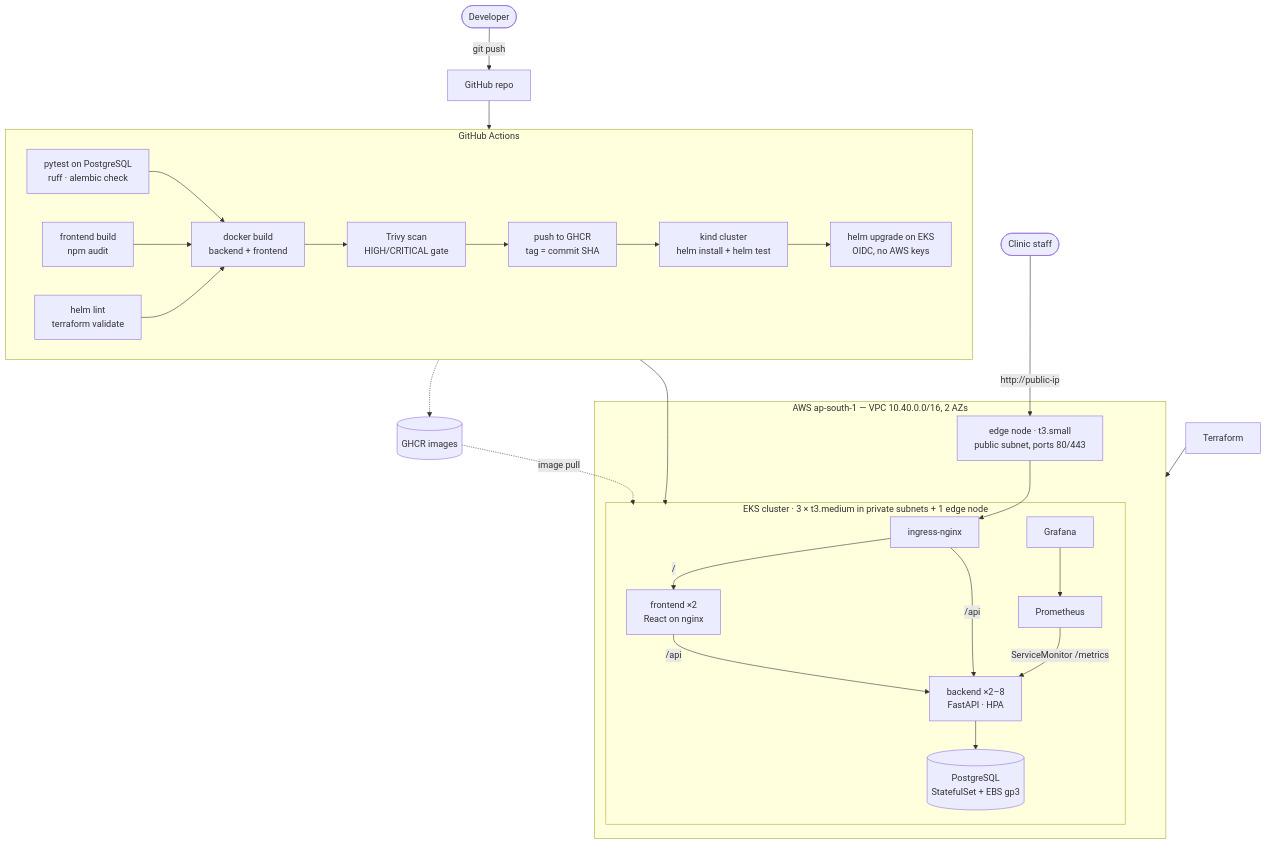
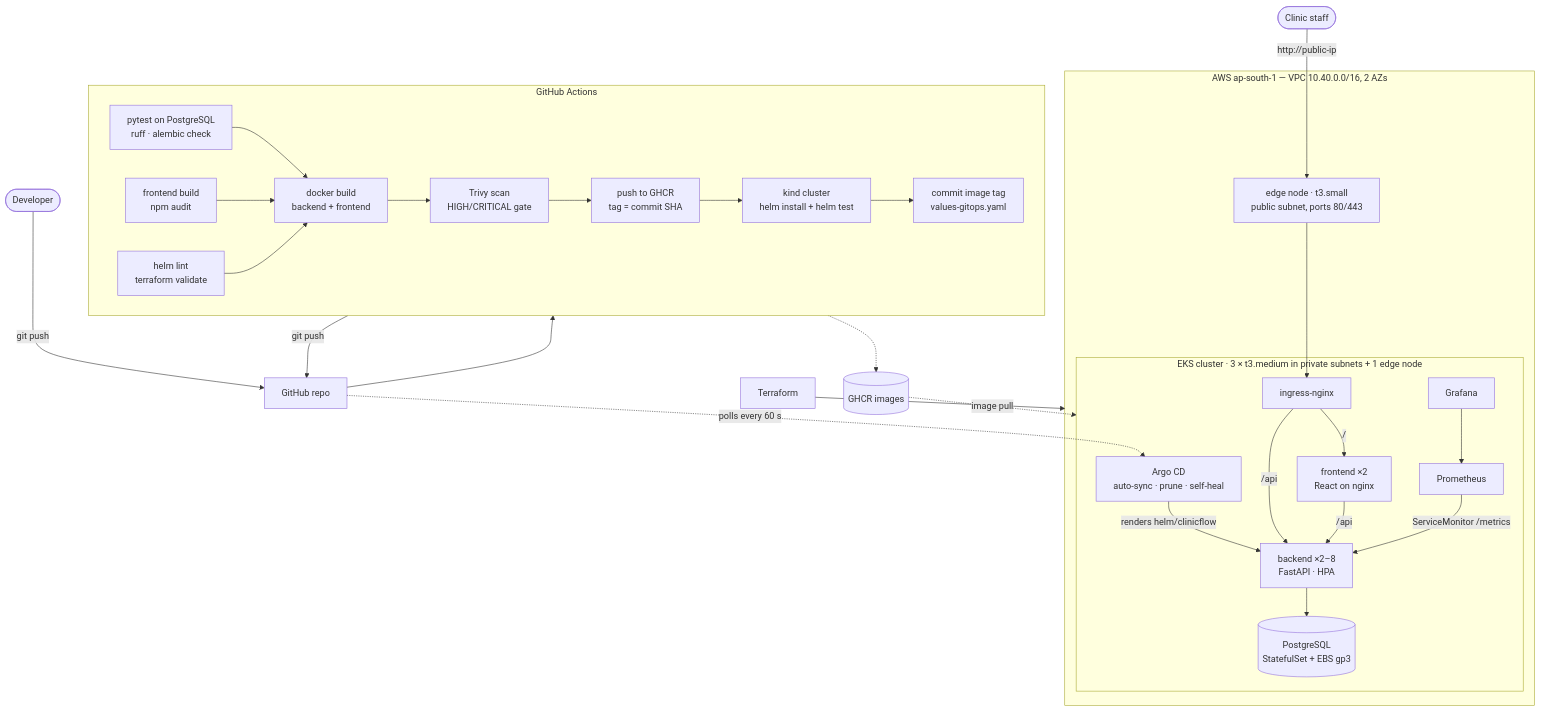
The diagram in README.md (ankit14-dev/clinicflow), drawn with Mermaid before and after one commit. The commit also changed other lines of this file and 1 other file, not shown here.

Commit message:
Document Argo CD GitOps flow and known limitations; print helm list in kind job

````diff
--- a/README.md
+++ b/README.md
@@ -25,34 +25,37 @@
 ```mermaid
 flowchart TB
   dev([Developer]) -->|git push| gh[GitHub repo]
   gh --> ci
 
   subgraph ci [GitHub Actions]
     direction LR
     t[pytest on PostgreSQL<br/>ruff · alembic check] --> b[docker build<br/>backend + frontend]
     fe[frontend build<br/>npm audit] --> b
     iac[helm lint<br/>terraform validate] --> b
     b --> s[Trivy scan<br/>HIGH/CRITICAL gate] --> p[push to GHCR<br/>tag = commit SHA]
-    p --> k[kind cluster<br/>helm install + helm test] --> d[helm upgrade on EKS<br/>OIDC, no AWS keys]
+    p --> k[kind cluster<br/>helm install + helm test] --> g[commit image tag<br/>values-gitops.yaml]
   end
+
+  g -->|git push| gh
+  gh -.->|polls every 60 s| argo
 
   p -.-> ghcr[(GHCR images)]
   tf[Terraform] --> aws
 
   subgraph aws [AWS ap-south-1 — VPC 10.40.0.0/16, 2 AZs]
     edge[edge node · t3.small<br/>public subnet, ports 80/443]
     subgraph eks [EKS cluster · 3 × t3.medium in private subnets + 1 edge node]
+      argo[Argo CD<br/>auto-sync · prune · self-heal] -->|renders helm/clinicflow| be
       ing[ingress-nginx] -->|/| fe2[frontend ×2<br/>React on nginx]
       ing -->|/api| be[backend ×2–8<br/>FastAPI · HPA]
       fe2 -->|/api| be
       be --> pg[(PostgreSQL<br/>StatefulSet + EBS gp3)]
       prom[Prometheus] -->|ServiceMonitor /metrics| be
       graf[Grafana] --> prom
     end
     edge --> ing
   end
 
-  d --> eks
   ghcr -.->|image pull| eks
   user([Clinic staff]) -->|http://public-ip| edge
 ```
````
